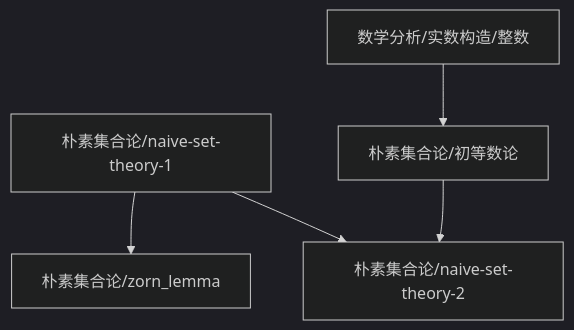
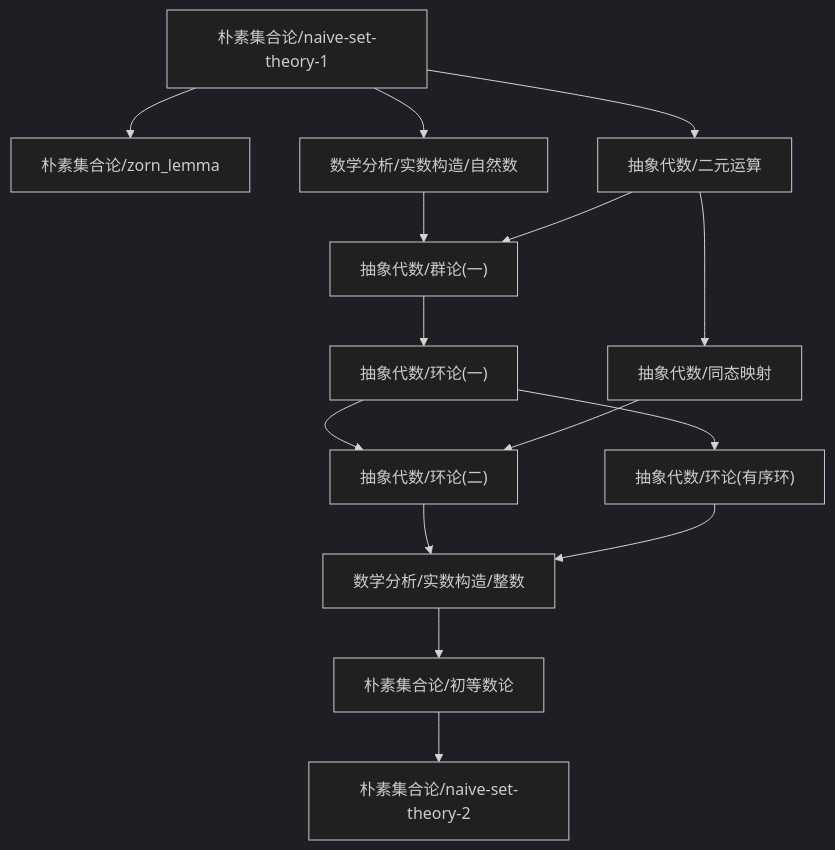
The diagram in content/朴素集合论/dependency_graph.md (zeroDtree/zeroDtree.github.io), drawn with Mermaid (dark theme) before and after one commit. The commit also changed 86 other files, not shown here.

````diff
--- a/content/朴素集合论/dependency_graph.md
+++ b/content/朴素集合论/dependency_graph.md
@@ -1,7 +1,17 @@
 ```mermaid
 graph TD
 1["朴素集合论/naive-set-theory-1"] --> 0["朴素集合论/zorn_lemma"]
 3["数学分析/实数构造/整数"] --> 2["朴素集合论/初等数论"]
-1["朴素集合论/naive-set-theory-1"] --> 5["朴素集合论/naive-set-theory-2"]
 2["朴素集合论/初等数论"] --> 5["朴素集合论/naive-set-theory-2"]
+6["抽象代数/环论(二)"] --> 3["数学分析/实数构造/整数"]
+7["抽象代数/环论(有序环)"] --> 3["数学分析/实数构造/整数"]
+8["抽象代数/环论(一)"] --> 6["抽象代数/环论(二)"]
+9["抽象代数/同态映射"] --> 6["抽象代数/环论(二)"]
+8["抽象代数/环论(一)"] --> 7["抽象代数/环论(有序环)"]
+10["抽象代数/群论(一)"] --> 8["抽象代数/环论(一)"]
+11["数学分析/实数构造/自然数"] --> 10["抽象代数/群论(一)"]
+12["抽象代数/二元运算"] --> 10["抽象代数/群论(一)"]
+1["朴素集合论/naive-set-theory-1"] --> 11["数学分析/实数构造/自然数"]
+1["朴素集合论/naive-set-theory-1"] --> 12["抽象代数/二元运算"]
+12["抽象代数/二元运算"] --> 9["抽象代数/同态映射"]
 ```
````
